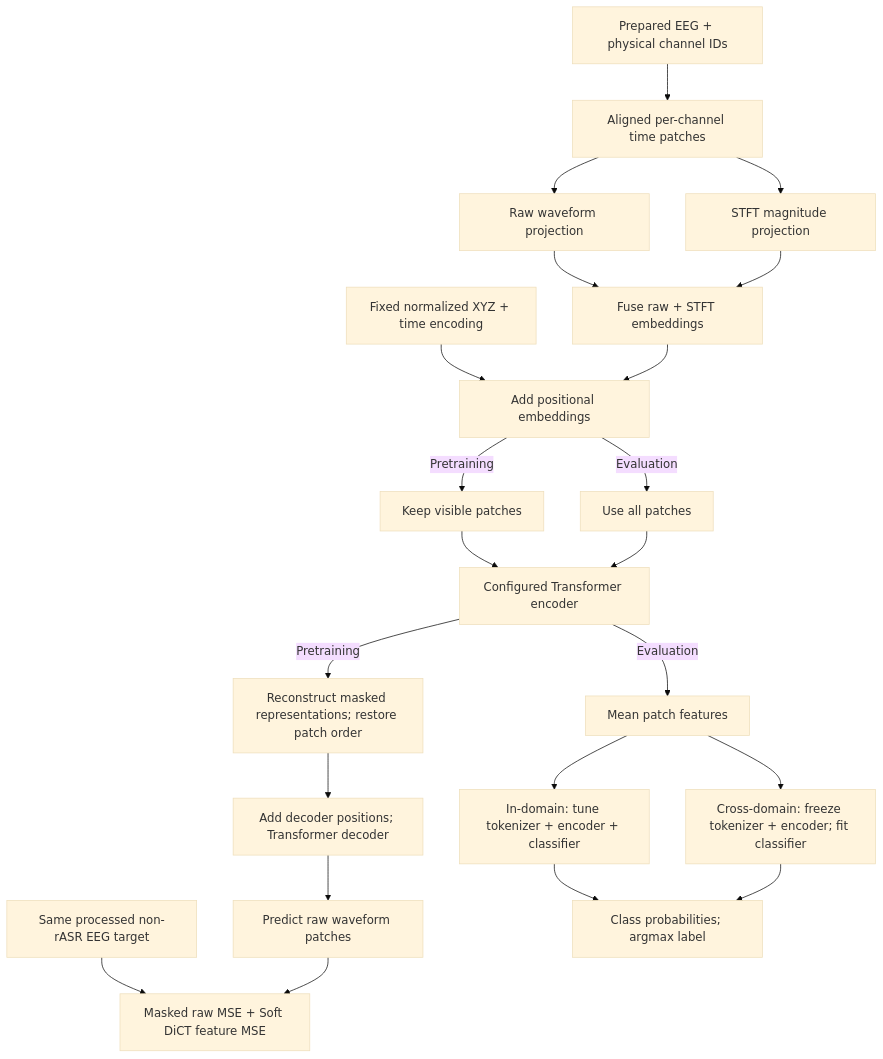
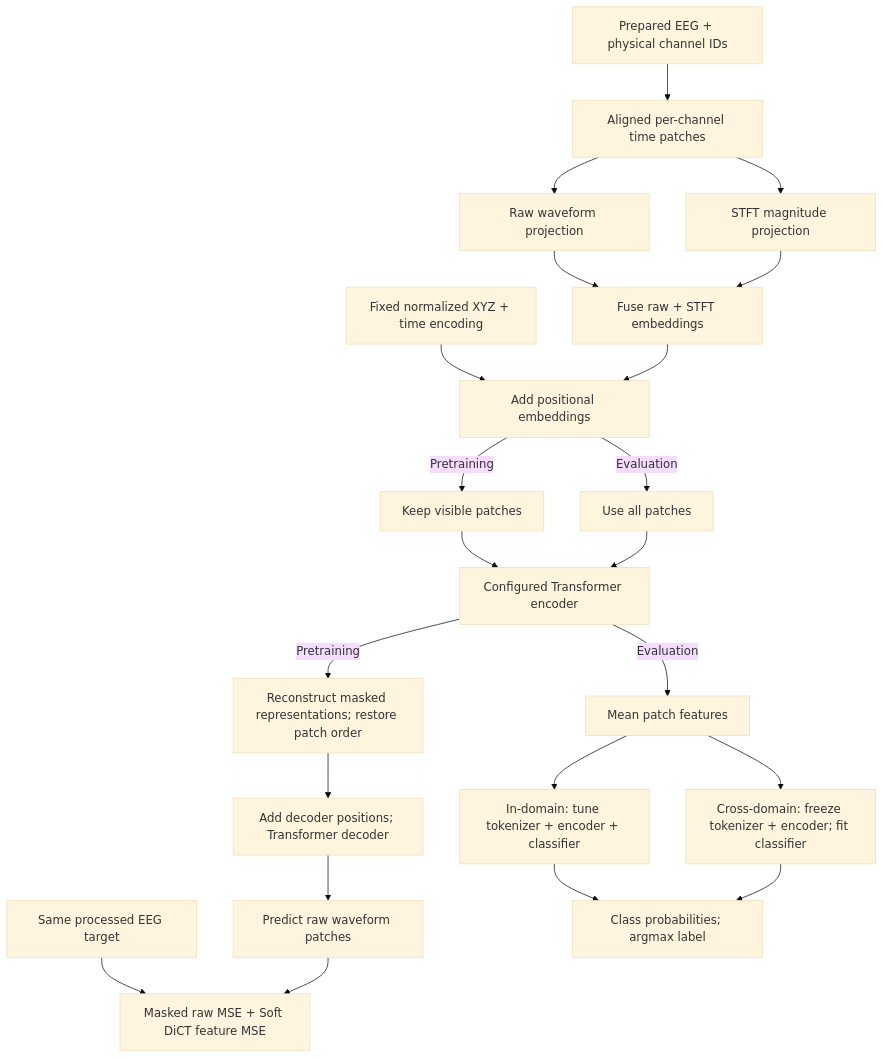
One commit to Emotiv/EEG-X changed the diagram in docs/spec.md. Above: the diagram before and after it, drawn with Mermaid (base theme). The commit also changed other lines of this file and 15 other files, not shown here.

Commit message:
Accept processed STEW inputs without upstream rASR proof

````diff
--- a/docs/spec.md
+++ b/docs/spec.md
@@ -73,24 +73,24 @@
 ```mermaid
 flowchart TD
     EEG["Prepared EEG + physical channel IDs"] --> PATCH["Aligned per-channel time patches"]
     PATCH --> RAW["Raw waveform projection"]
     PATCH --> STFT["STFT magnitude projection"]
     RAW --> FUSE["Fuse raw + STFT embeddings"]
     STFT --> FUSE
     POS["Fixed normalized XYZ + time encoding"] --> EMB["Add positional embeddings"]
     FUSE --> EMB
     EMB -->|Pretraining| MASK["Keep visible patches"]
     EMB -->|Evaluation| FULL["Use all patches"]
     MASK --> ENC["Configured Transformer encoder"]
     FULL --> ENC
     ENC -->|Pretraining| RESTORE["Reconstruct masked representations; restore patch order"]
     RESTORE --> DEC["Add decoder positions; Transformer decoder"]
     DEC --> PRED["Predict raw waveform patches"]
-    TARGET["Same processed non-rASR EEG target"] --> LOSS["Masked raw MSE + Soft DiCT feature MSE"]
+    TARGET["Same processed EEG target"] --> LOSS["Masked raw MSE + Soft DiCT feature MSE"]
     PRED --> LOSS
     ENC -->|Evaluation| POOL["Mean patch features"]
     POOL --> IN["In-domain: tune tokenizer + encoder + classifier"]
     POOL --> CROSS["Cross-domain: freeze tokenizer + encoder; fit classifier"]
     IN --> PROB["Class probabilities; argmax label"]
     CROSS --> PROB
 ```
````
